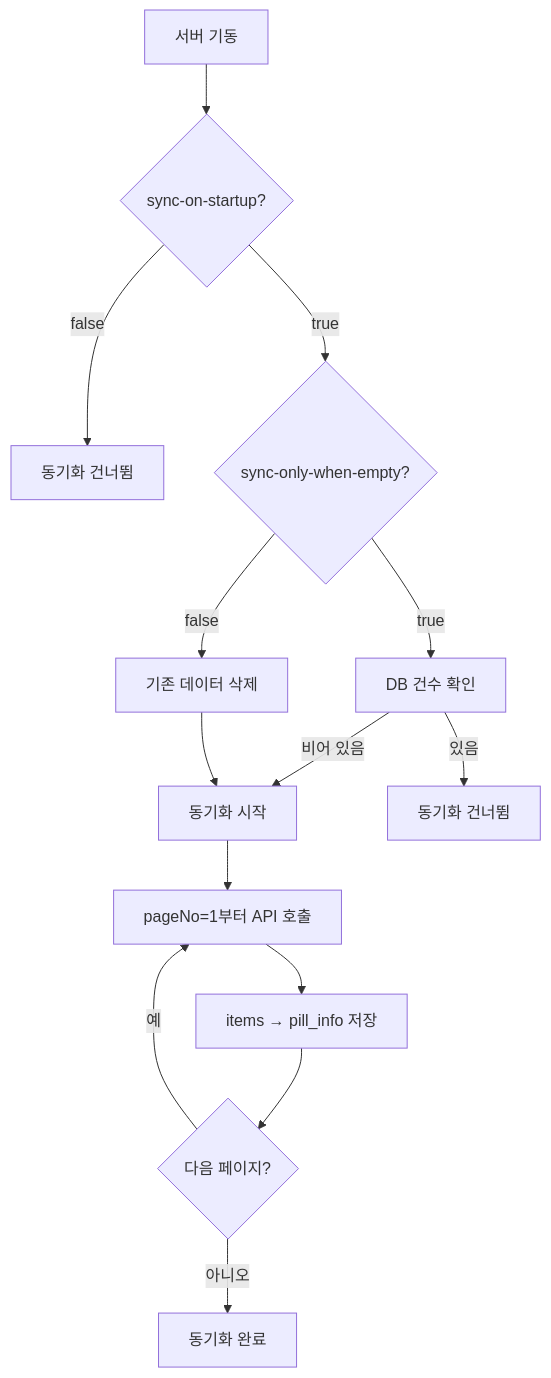
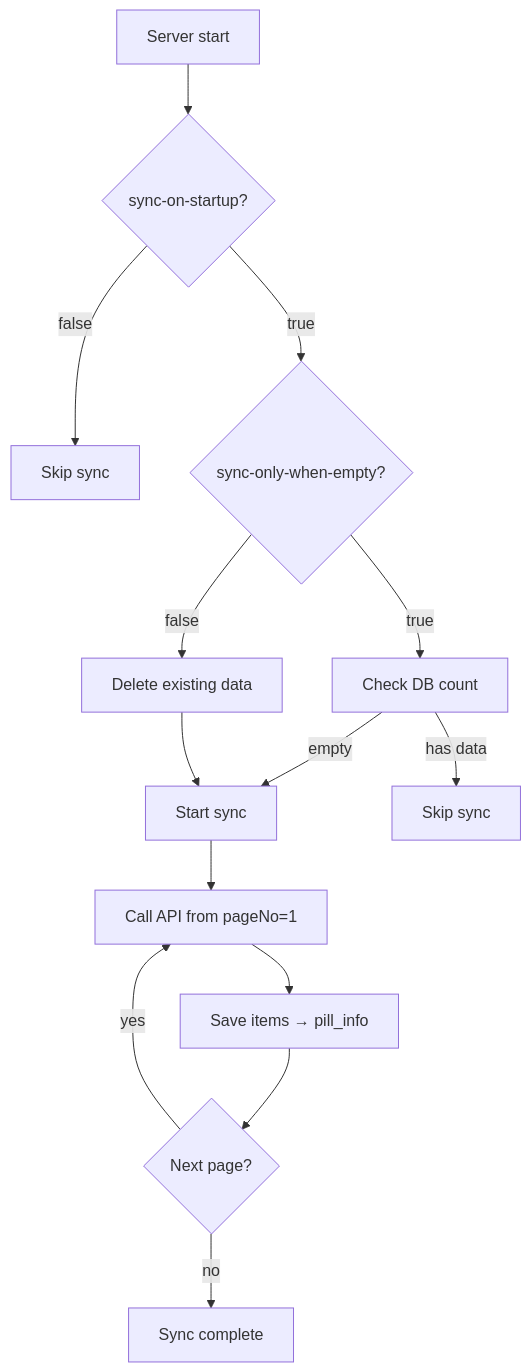
The second of 3 diagrams in README.md (eunkyo3/medi-scan-server), drawn with Mermaid before and after one commit. The commit also changed other lines of this file, not shown here.

````diff
--- a/README.md
+++ b/README.md
@@ -91,16 +91,16 @@
 ```mermaid
 flowchart TD
-    A[서버 기동] --> B{sync-on-startup?}
-    B -->|false| C[동기화 건너뜀]
+    A[Server start] --> B{sync-on-startup?}
+    B -->|false| C[Skip sync]
     B -->|true| D{sync-only-when-empty?}
-    D -->|true| E[DB 건수 확인]
-    E -->|비어 있음| F[동기화 시작]
-    E -->|있음| G[동기화 건너뜀]
-    D -->|false| H[기존 데이터 삭제]
+    D -->|true| E[Check DB count]
+    E -->|empty| F[Start sync]
+    E -->|has data| G[Skip sync]
+    D -->|false| H[Delete existing data]
     H --> F
-    F --> I[pageNo=1부터 API 호출]
-    I --> J[items → pill_info 저장]
-    J --> K{다음 페이지?}
-    K -->|예| I
-    K -->|아니오| L[동기화 완료]
+    F --> I[Call API from pageNo=1]
+    I --> J[Save items → pill_info]
+    J --> K{Next page?}
+    K -->|yes| I
+    K -->|no| L[Sync complete]
 ```
````
